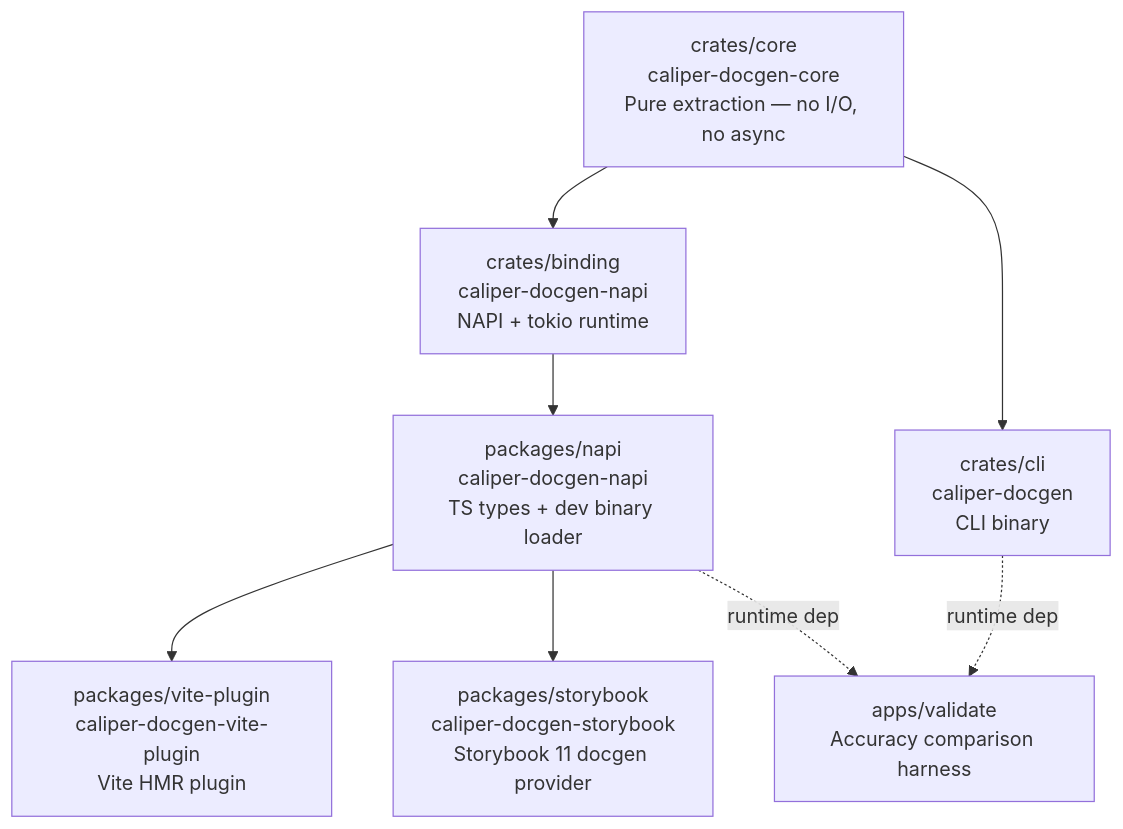
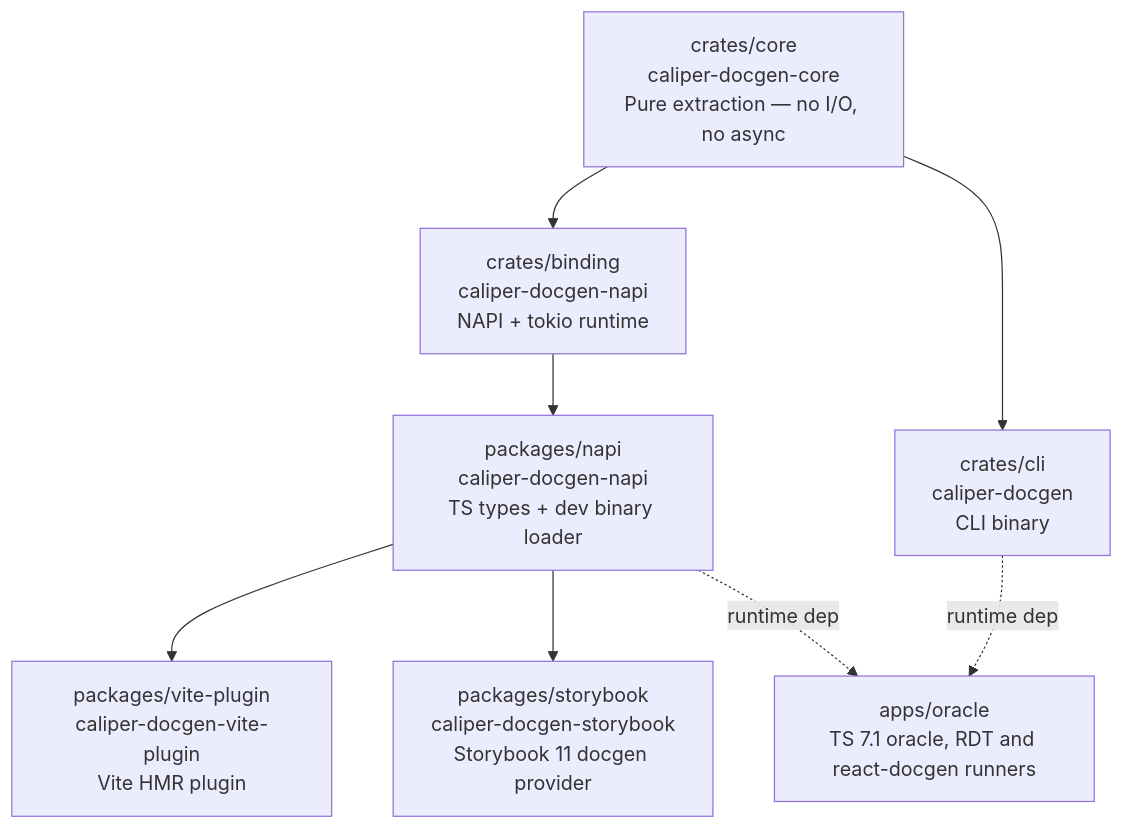
Before and after one commit to orin-dx/caliper: the second of 2 diagrams in ARCHITECTURE.md, drawn with Mermaid. The commit also changed 41 other files, not shown here.

First line of the commit message:
chore: keep the TS 7.1 oracle and retire the July validate harness

````diff
--- a/ARCHITECTURE.md
+++ b/ARCHITECTURE.md
@@ -33,18 +33,18 @@
 ```mermaid
 graph TD
     core["crates/core\ncaliper-docgen-core\nPure extraction — no I/O, no async"]
     binding["crates/binding\ncaliper-docgen-napi\nNAPI + tokio runtime"]
     cli["crates/cli\ncaliper-docgen\nCLI binary"]
     napi["packages/napi\ncaliper-docgen-napi\nTS types + dev binary loader"]
     vite["packages/vite-plugin\ncaliper-docgen-vite-plugin\nVite HMR plugin"]
     storybook["packages/storybook\ncaliper-docgen-storybook\nStorybook 11 docgen provider"]
-    validate["apps/validate\nAccuracy comparison harness"]
+    oracle["apps/oracle\nTS 7.1 oracle, RDT and react-docgen runners"]
 
     core --> binding
     core --> cli
     binding --> napi
     napi --> vite
     napi --> storybook
-    cli -.->|"runtime dep"| validate
-    napi -.->|"runtime dep"| validate
+    cli -.->|"runtime dep"| oracle
+    napi -.->|"runtime dep"| oracle
 ```
````
